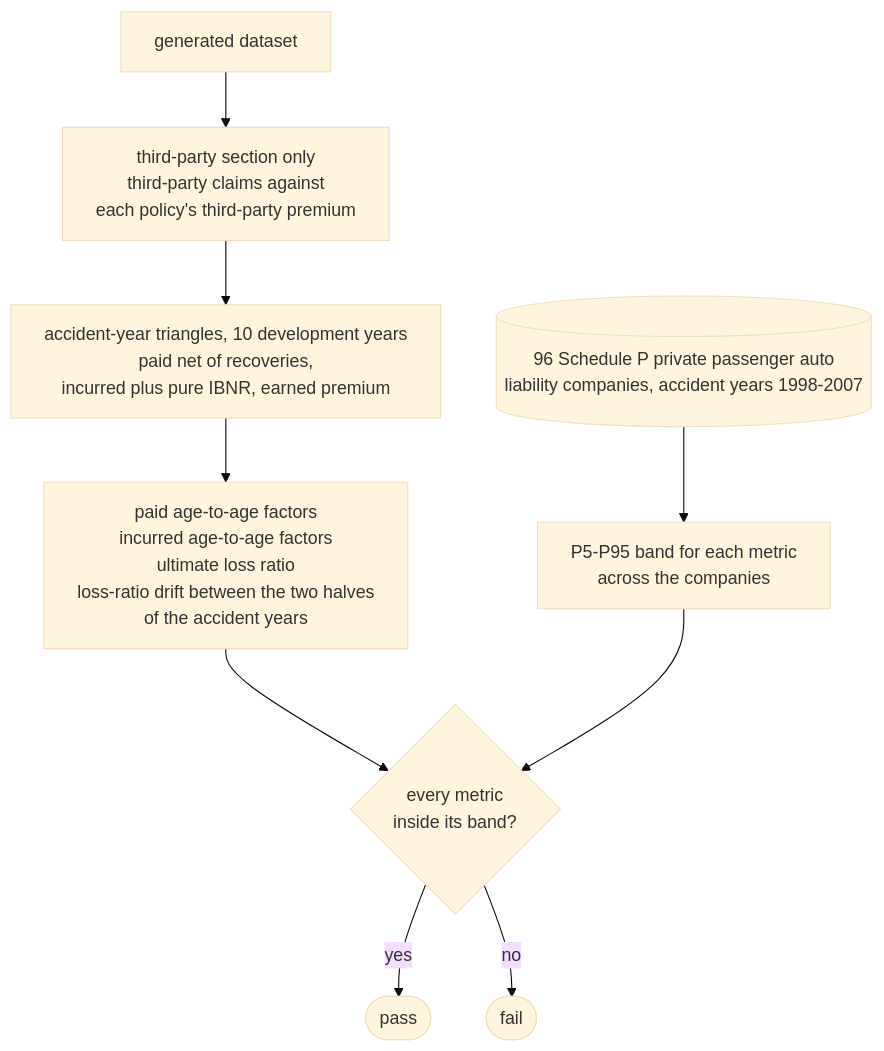
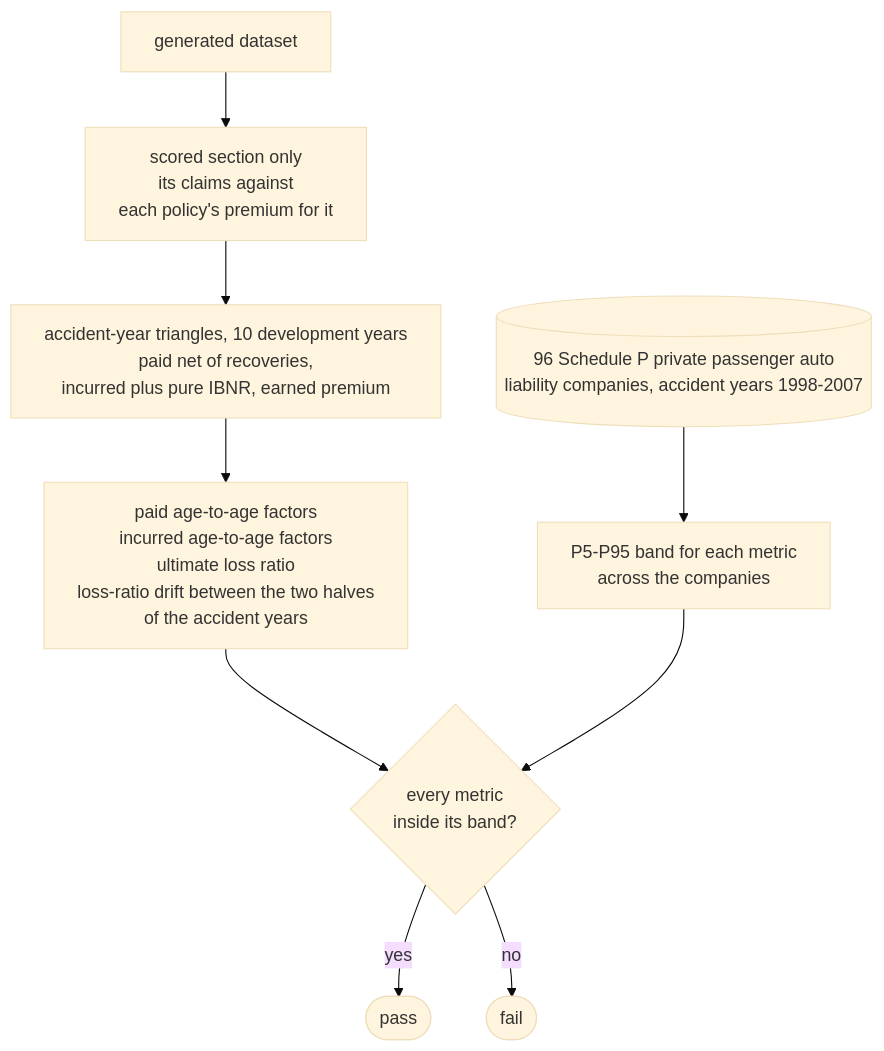
Before and after one commit to le-marais/claims-data-generator: the tenth of 10 diagrams in README.md, drawn with Mermaid (base theme). The commit also changed other lines of this file and 36 other files, not shown here.

````diff
--- a/README.md
+++ b/README.md
@@ -380,17 +380,17 @@
 ```mermaid
 %%{init: {"flowchart": {"wrappingWidth": 480}}}%%
 flowchart TD
     dataset["generated dataset"]
-    section["third-party section only<br/>third-party claims against<br/>each policy's third-party premium"]
+    section["scored section only<br/>its claims against<br/>each policy's premium for it"]
     triangles["accident-year triangles, 10 development years<br/>paid net of recoveries,<br/>incurred plus pure IBNR, earned premium"]
     metrics["paid age-to-age factors<br/>incurred age-to-age factors<br/>ultimate loss ratio<br/>loss-ratio drift between the two halves<br/>of the accident years"]
     references[("96 Schedule P private passenger auto<br/>liability companies, accident years 1998-2007")]
     bands["P5-P95 band for each metric<br/>across the companies"]
     verdict{"every metric<br/>inside its band?"}
     pass(["pass"])
     fail(["fail"])
     dataset --> section --> triangles --> metrics --> verdict
     references --> bands --> verdict
     verdict -- "yes" --> pass
     verdict -- "no" --> fail
 ```
````
